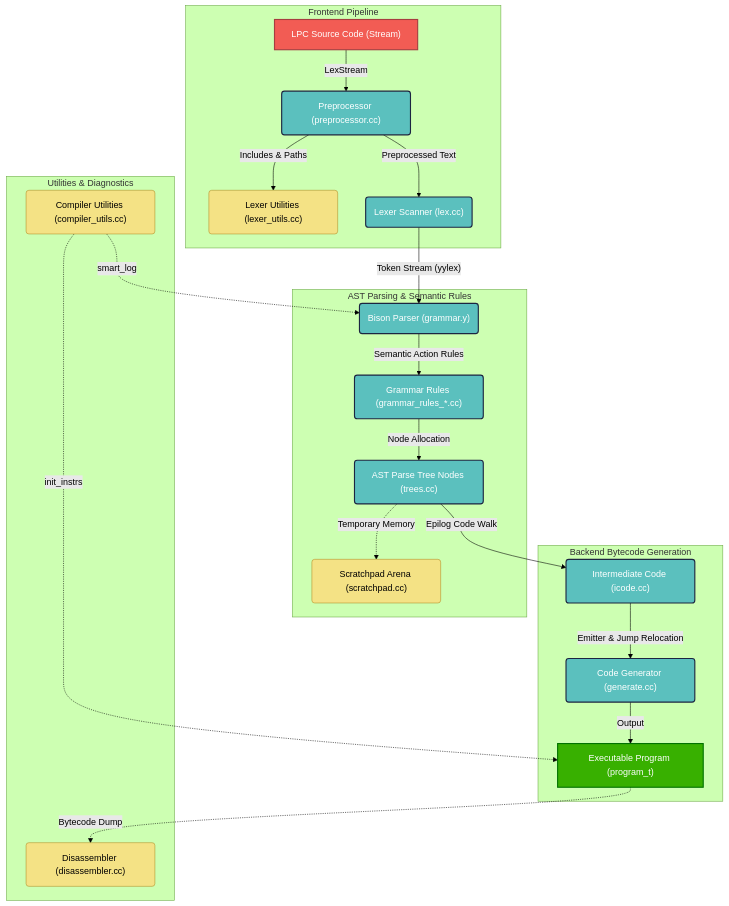
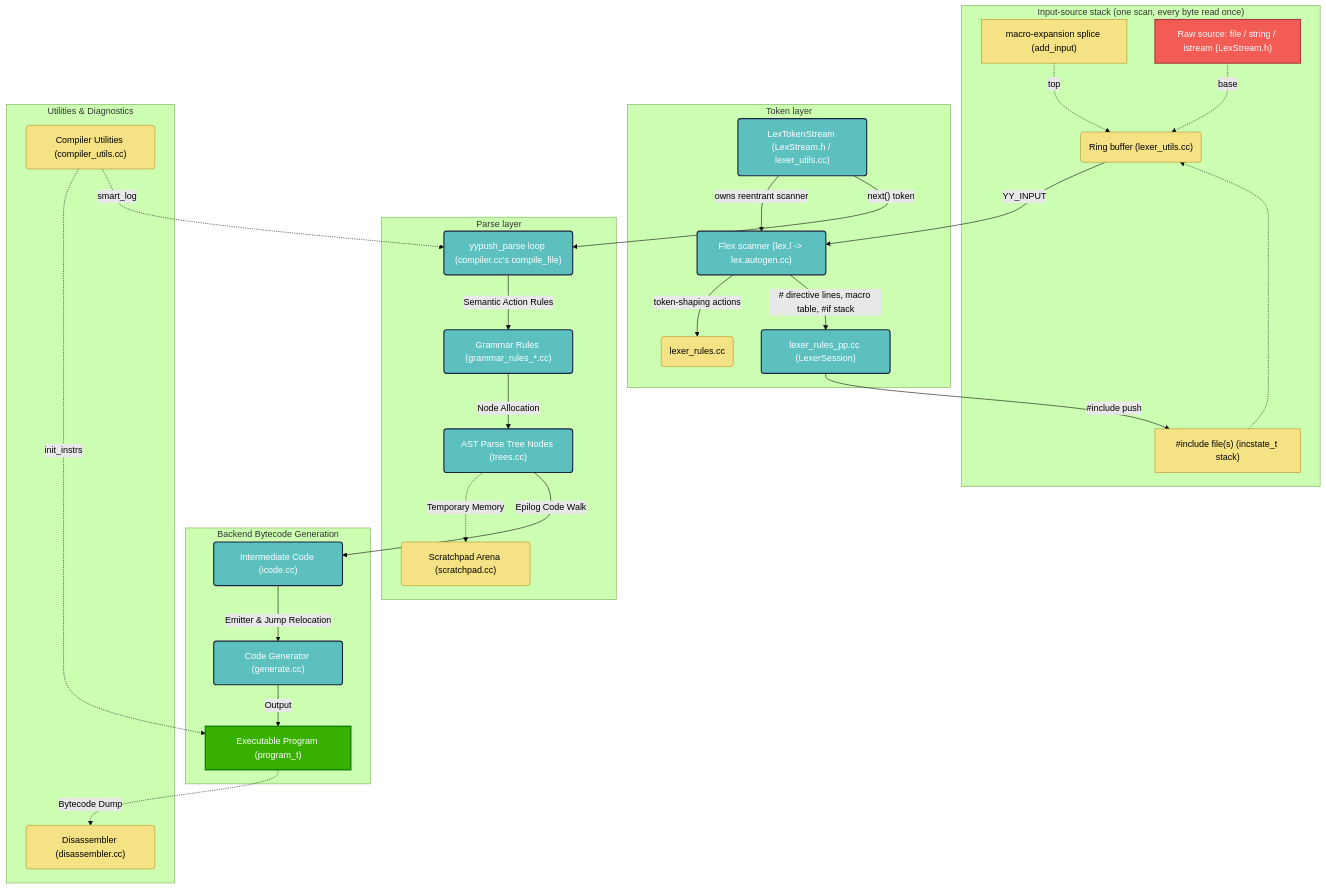
Before and after one commit to fluffos/fluffos: the diagram in src/compiler/internal/README.md, drawn with Mermaid (forest theme). The commit also changed other lines of this file and 35 other files, not shown here.

First line of the commit message:
Reentrant push-driven front-end: one scan, LexTokenStream, lpcshell

````diff
--- a/src/compiler/internal/README.md
+++ b/src/compiler/internal/README.md
@@ -11,37 +11,45 @@
 ```mermaid
 graph TB
-    subgraph Frontend Pipeline
-        A["LPC Source Code (Stream)"] -->|LexStream| B("Preprocessor (preprocessor.cc)")
-        B -->|Includes & Paths| BLU("Lexer Utilities (lexer_utils.cc)")
-        B -->|"Preprocessed Text"| C("Lexer Scanner (lex.cc)")
+    subgraph "Input-source stack (one scan, every byte read once)"
+        MACRO["macro-expansion splice (add_input)"] -.->|top| RB("Ring buffer (lexer_utils.cc)")
+        INC["#include file(s) (incstate_t stack)"] -.-> RB
+        A["Raw source: file / string / istream (LexStream.h)"] -.->|base| RB
     end
 
-    subgraph AST Parsing & Semantic Rules
-        C -->|"Token Stream (yylex)"| D("Bison Parser (grammar.y)")
-        D -->|Semantic Action Rules| E("Grammar Rules (grammar_rules_*.cc)")
-        E -->|Node Allocation| F("AST Parse Tree Nodes (trees.cc)")
-        F -.->|Temporary Memory| G("Scratchpad Arena (scratchpad.cc)")
+    subgraph "Token layer"
+        RB -->|YY_INPUT| LEX("Flex scanner (lex.l -> lex.autogen.cc)")
+        LEX -->|"token-shaping actions"| LR("lexer_rules.cc")
+        LEX -->|"# directive lines, macro table, #if stack"| LRPP("lexer_rules_pp.cc (LexerSession)")
+        LRPP -->|"#include push"| INC
+        LTS("LexTokenStream (LexStream.h / lexer_utils.cc)") -->|"owns reentrant scanner"| LEX
     end
 
-    subgraph Backend Bytecode Generation
-        F -->|Epilog Code Walk| H("Intermediate Code (icode.cc)")
-        H -->|Emitter & Jump Relocation| I("Code Generator (generate.cc)")
-        I -->|Output| J["Executable Program (program_t)"]
+    subgraph "Parse layer"
+        LTS -->|"next() token"| PARSE("yypush_parse loop (compiler.cc's compile_file)")
+        PARSE -->|Semantic Action Rules| GR("Grammar Rules (grammar_rules_*.cc)")
+        GR -->|Node Allocation| TREE("AST Parse Tree Nodes (trees.cc)")
+        TREE -.->|Temporary Memory| SCRATCH("Scratchpad Arena (scratchpad.cc)")
     end
 
-    subgraph Utilities & Diagnostics
-        J -.->|Bytecode Dump| K("Disassembler (disassembler.cc)")
-        L("Compiler Utilities (compiler_utils.cc)") -.->|init_instrs| J
-        L -.->|smart_log| D
+    subgraph "Backend Bytecode Generation"
+        TREE -->|Epilog Code Walk| ICODE("Intermediate Code (icode.cc)")
+        ICODE -->|Emitter & Jump Relocation| GEN("Code Generator (generate.cc)")
+        GEN -->|Output| PROG["Executable Program (program_t)"]
     end
-    
+
+    subgraph "Utilities & Diagnostics"
+        PROG -.->|Bytecode Dump| DIS("Disassembler (disassembler.cc)")
+        CU("Compiler Utilities (compiler_utils.cc)") -.->|init_instrs| PROG
+        CU -.->|smart_log| PARSE
+    end
+
     classDef main fill:#5bc0be,stroke:#1c2541,stroke-width:2px,color:#fff;
     classDef util fill:#f4e285,stroke:#b08e28,stroke-width:1px,color:#000;
     classDef start fill:#f25c54,stroke:#a63d40,stroke-width:2px,color:#fff;
     classDef result fill:#38b000,stroke:#007200,stroke-width:2px,color:#fff;
-    
+
     class A start;
-    class J result;
-    class B,C,D,E,F,H,I main;
-    class BLU,G,K,L util;
+    class PROG result;
+    class LTS,LEX,LRPP,PARSE,GR,TREE,ICODE,GEN main;
+    class RB,LR,MACRO,INC,SCRATCH,DIS,CU util;
 ```
````
